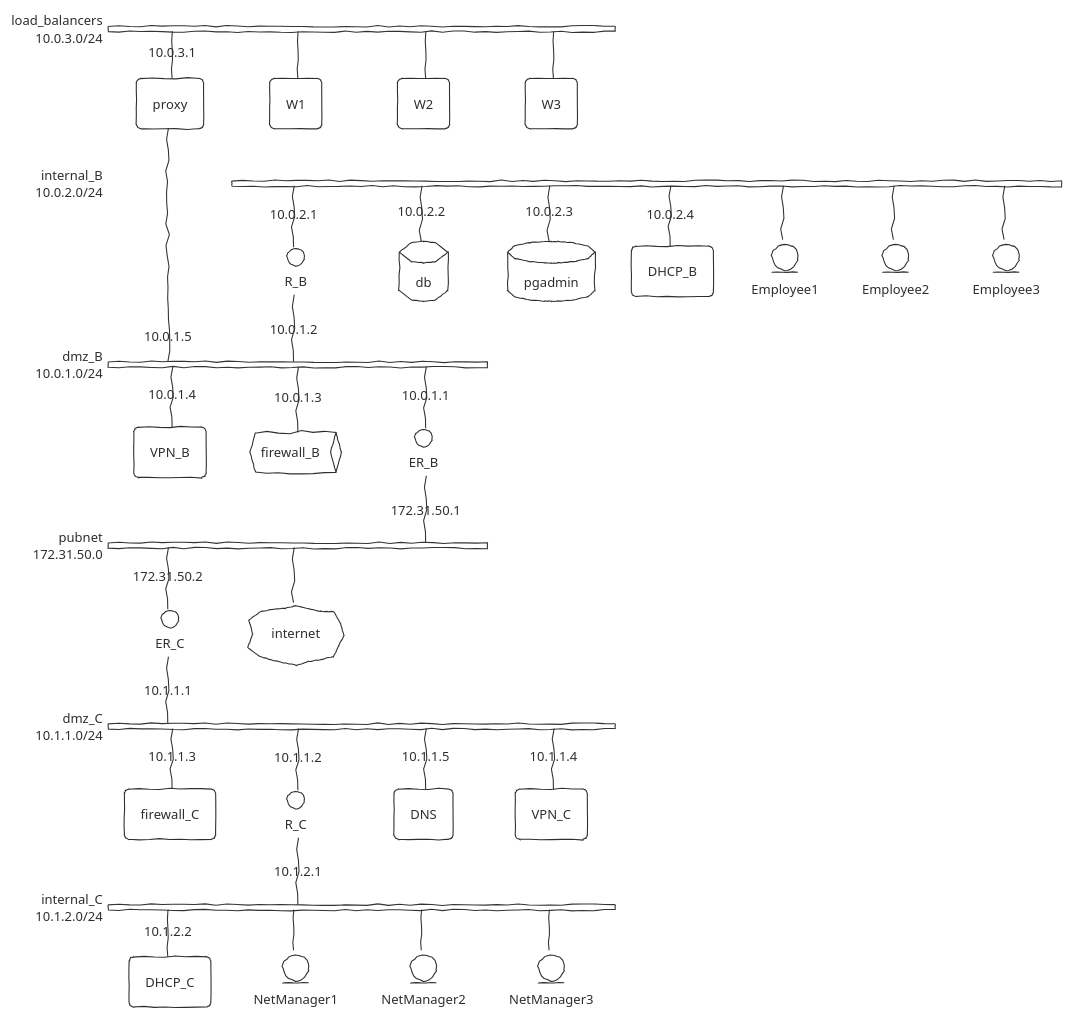
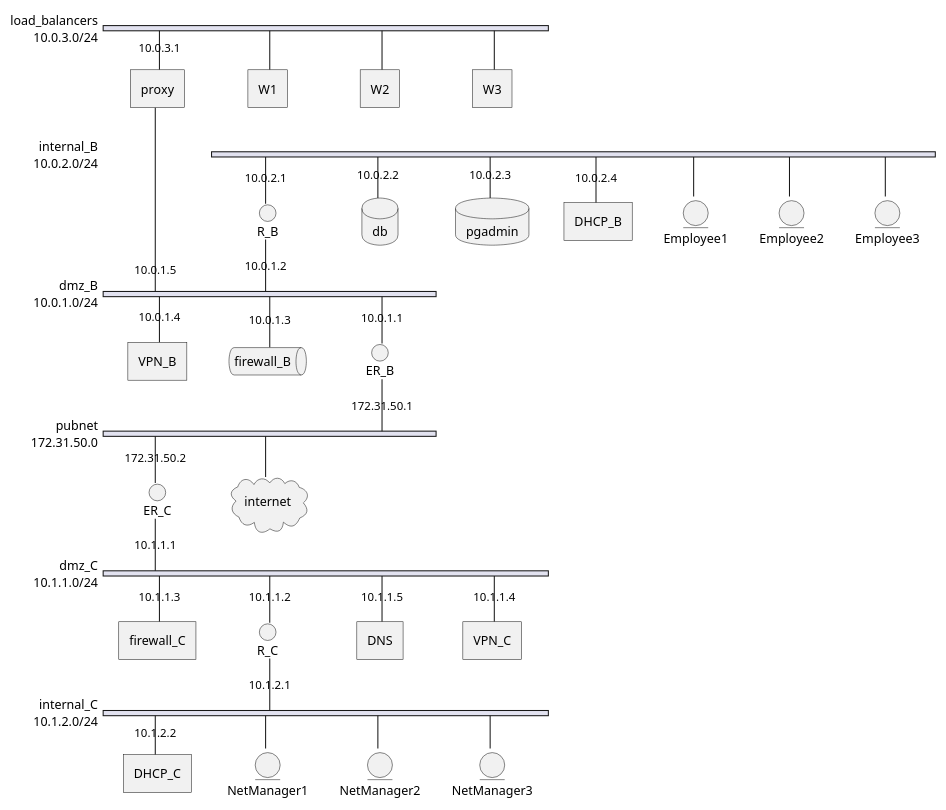
Before and after one commit to joaolucasmartins/grs2022: the diagram in proj/docs/grs.puml, drawn with PlantUML. The commit also changed 1 other file, not shown here.

Commit message:
Non sketchy

```diff
--- a/proj/docs/grs.puml
+++ b/proj/docs/grs.puml
@@ -1,59 +1,57 @@
 @startuml
-
-!theme sketchy-outline
 
 nwdiag {
   network load_balancers {
     address = "10.0.3.0/24";
     proxy[address = "10.0.3.1"];
     W1;
     W2;
     W3;
   }
   network internal_B {
     address = "10.0.2.0/24";
     R_B [shape = interface, address="10.0.2.1"]
     db [shape = database, address = "10.0.2.2"];
     pgadmin [shape = database, address = "10.0.2.3"];
     DHCP_B [shape = rectangle, address = "10.0.2.4"];
     Employee1 [shape = entity]
     Employee2 [shape = entity]
     Employee3 [shape = entity]
   }
 
   network dmz_B {
     address = "10.0.1.0/24";
     proxy [shape = rectangle, address="10.0.1.5"];
     VPN_B [shape = rectangle, address="10.0.1.4"]
     firewall_B [shape = queue, address="10.0.1.3"];
     ER_B [shape = interface, address="10.0.1.1"];
     R_B [shape = interface, address="10.0.1.2"];
   }
 
   network pubnet {
     address = "172.31.50.0";
     ER_B [shape = interface, address="172.31.50.1"];
     ER_C [shape = interface, address="172.31.50.2"];
     internet [shape = cloud];
   }
 
 
   network dmz_C {
     address = "10.1.1.0/24";
     ER_C [shape = interface, address="10.1.1.1"]
     firewall_C [shape = queu, address="10.1.1.3"]
     R_C [shape = interfac, address="10.1.1.2"]
     DNS [shape = rectangl, address="10.1.1.5"]
     VPN_C [shape = rectangl, address="10.1.1.4"]
   }
 
   network internal_C {
     address = "10.1.2.0/24";
     R_C [shape = interface, address="10.1.2.1"]
     DHCP_C [shape = rectangle, address="10.1.2.2"];
     NetManager1 [shape = entity]
     NetManager2 [shape = entity]
     NetManager3 [shape = entity]
   }
 }
 @enduml
```
